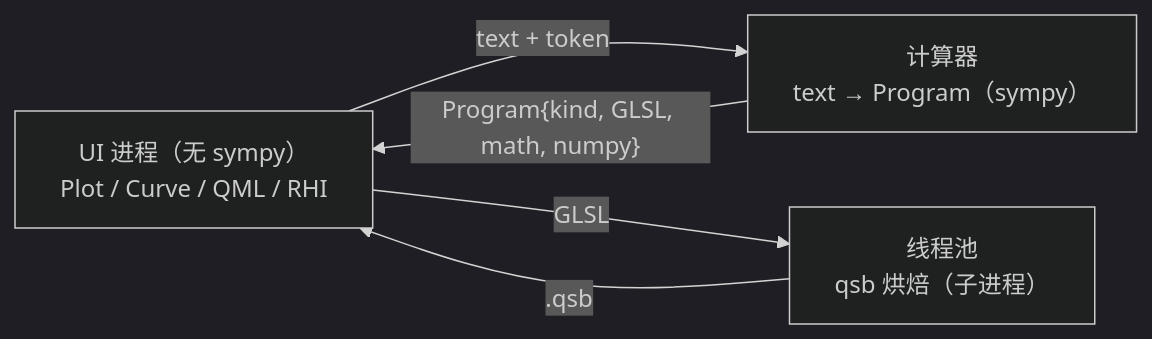
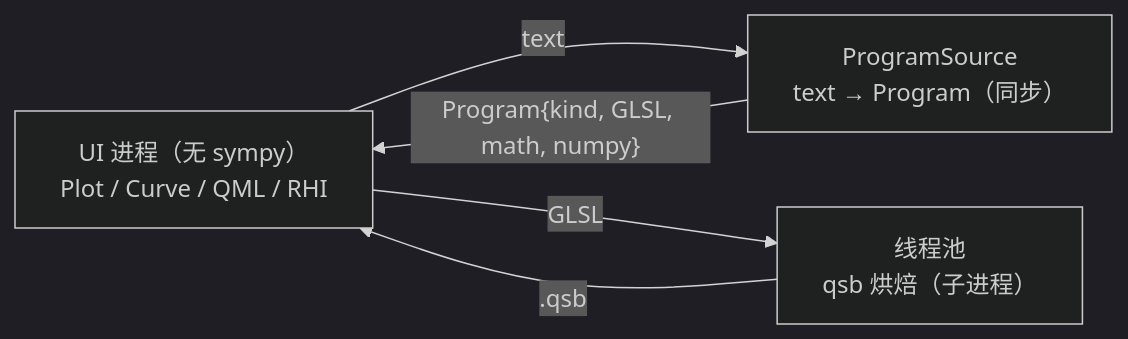
One commit to I-AM-A-NOOB/QMLMathPlot changed the diagram in docs/zh-CN.md. Above: the diagram before and after it, drawn with Mermaid (dark theme). The commit also changed other lines of this file and 45 other files, not shown here.

First line of the commit message:
refactor(0.7)!: explicit ProgramSource, no process in the core

````diff
--- a/docs/zh-CN.md
+++ b/docs/zh-CN.md
@@ -7,10 +8,10 @@
 ```mermaid
 flowchart LR
     UI["UI 进程（无 sympy）<br/>Plot / Curve / QML / RHI"]
-    CALC["计算器<br/>text → Program（sympy）"]
+    SRC["ProgramSource<br/>text → Program（同步）"]
     QSB["线程池<br/>qsb 烘焙（子进程）"]
-    UI -- "text + token" --> CALC
-    CALC -- "Program{kind, GLSL, math, numpy}" --> UI
+    UI -- "text" --> SRC
+    SRC -- "Program{kind, GLSL, math, numpy}" --> UI
     UI -- "GLSL" --> QSB
     QSB -- ".qsb" --> UI
 ```
````
